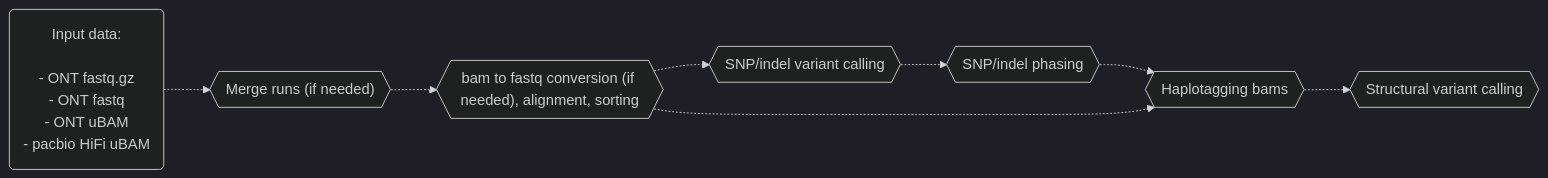
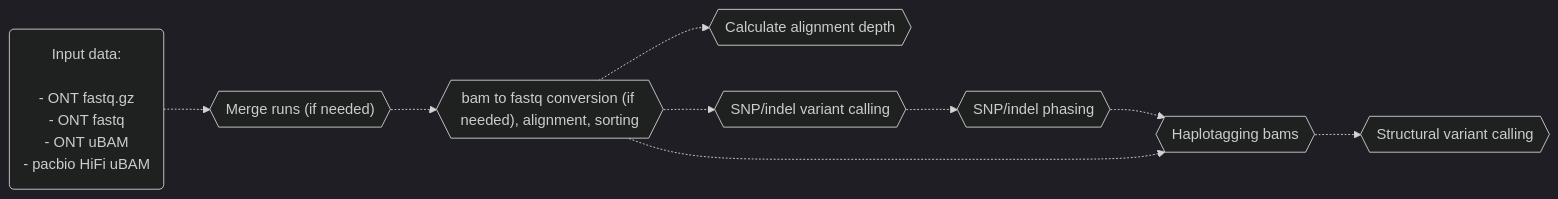
Before and after one commit to leahkemp/pipeface: the first of 2 diagrams in README.md, drawn with Mermaid. The commit also changed other lines of this file and 1 other file, not shown here.

Commit message:
add process that caluculates alignment depth

````diff
--- a/README.md
+++ b/README.md
@@ -16,16 +16,18 @@
 ```mermaid
 %%{init: {'theme':'dark'}}%%
 flowchart LR
 
 input_data("Input data: \n\n - ONT fastq.gz \n - ONT fastq \n - ONT uBAM \n - pacbio HiFi uBAM")
 merging{{"Merge runs (if needed)"}}
 alignment{{"bam to fastq conversion (if needed), alignment, sorting"}}
+depth{{"Calculate alignment depth"}}
 snp_indel_calling{{"SNP/indel variant calling"}}
 snp_indel_phasing{{"SNP/indel phasing"}}
 haplotagging{{"Haplotagging bams"}}
 sv_calling{{"Structural variant calling"}}
 
 input_data-.->merging-.->alignment-.->snp_indel_calling-.->snp_indel_phasing-.->haplotagging-.->sv_calling
+alignment-.->depth
 alignment-.->haplotagging
 
 ```
````
